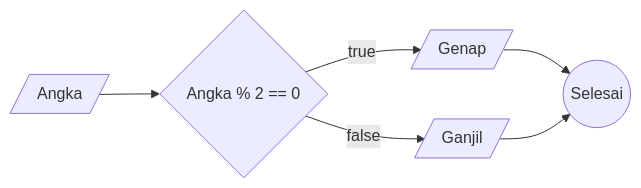
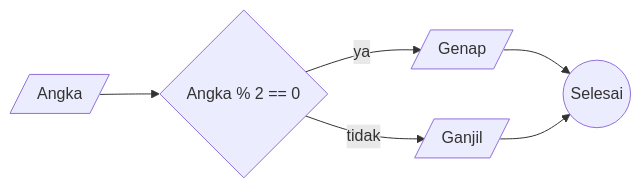
The diagram in README.md (Rakaaditya12/koda-b10-algoritma), drawn with Mermaid before and after one commit.

````diff
--- a/README.md
+++ b/README.md
@@ -19,14 +19,14 @@
 ```mermaid
     flowchart LR
     A[/Angka/]
     B{Angka % 2 == 0}
     C[/Genap/]
     D[/Ganjil/]
     E((Selesai))
 
     A --> B
-    B -- true --> C
-    B -- false --> D
+    B -- ya --> C
+    B -- tidak --> D
     C --> E
     D --> E
 ```
````
